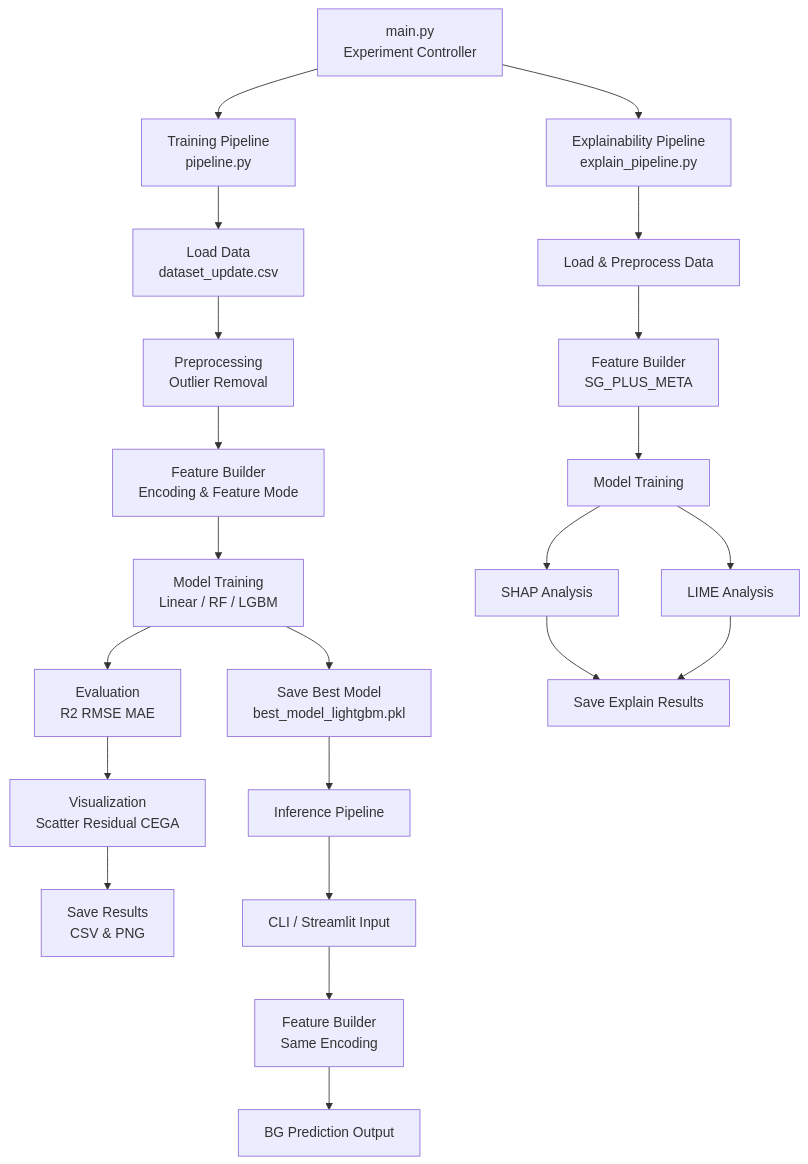
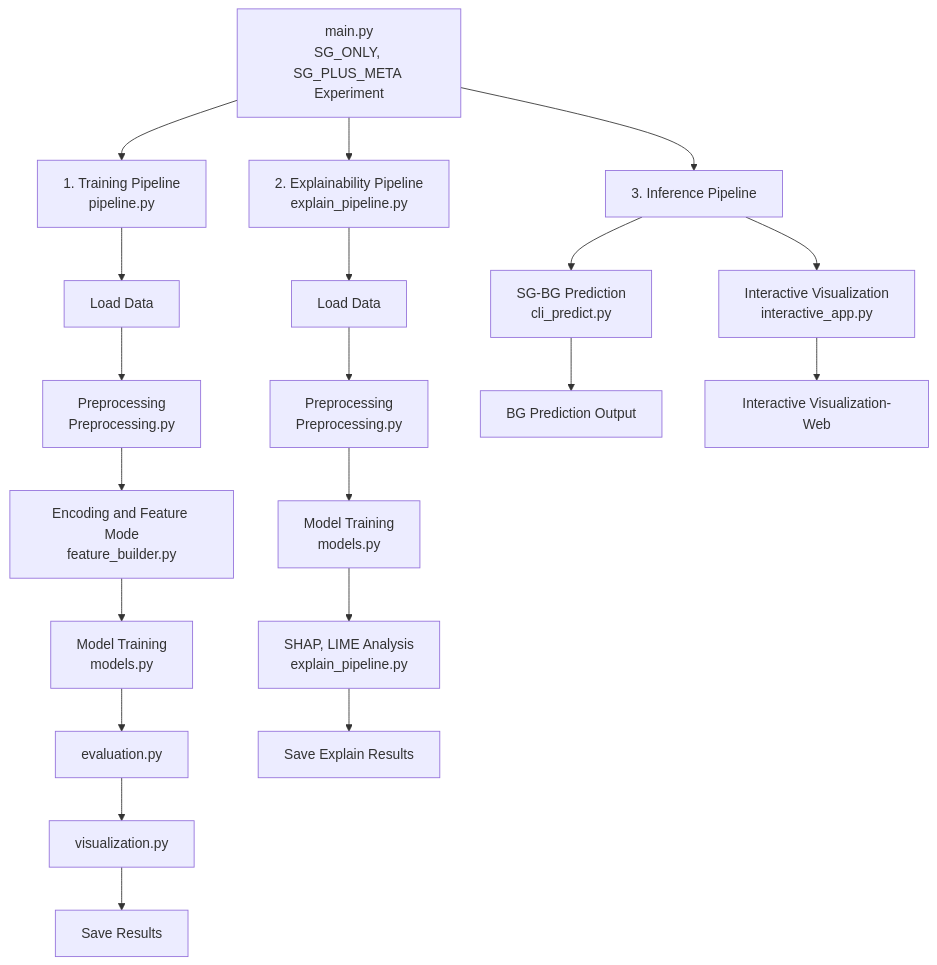
The diagram in System Architecture.md (eunzy213-glitch/sg_bg_project), drawn with Mermaid before and after one commit. The commit also changed other lines of this file and 15 other files, not shown here.

````diff
--- a/System Architecture.md
+++ b/System Architecture.md
@@ -1,32 +9,31 @@
 ```mermaid
 flowchart TD
-    A[main.py<br/>Experiment Controller]
+    A[main.py<br/>SG_ONLY, SG_PLUS_META Experiment]
 
-    A --> B1[Training Pipeline<br/>pipeline.py]
-    A --> B2[Explainability Pipeline<br/>explain_pipeline.py]
+    A --> B1[1. Training Pipeline<br/>pipeline.py]
+    A --> B2[2. Explainability Pipeline<br/>explain_pipeline.py]
 
     %% Training pipeline
-    B1 --> C1[Load Data<br/>dataset_update.csv]
-    C1 --> C2[Preprocessing<br/>Outlier Removal]
-    C2 --> C3[Feature Builder<br/>Encoding & Feature Mode]
-    C3 --> C4[Model Training<br/>Linear / RF / LGBM]
-    C4 --> C5[Evaluation<br/>R2 RMSE MAE]
-    C5 --> C6[Visualization<br/>Scatter Residual CEGA]
-    C6 --> C7[Save Results<br/>CSV & PNG]
-    C4 --> C8[Save Best Model<br/>best_model_lightgbm.pkl]
+    B1 --> C1[Load Data]
+    C1 --> C2[Preprocessing<br/>Preprocessing.py]
+    C2 --> C3[Encoding and Feature Mode<br/>feature_builder.py]
+    C3 --> C4[Model Training<br/>models.py]
+    C4 --> C5[evaluation.py]
+    C5 --> C6[visualization.py]
+    C6 --> C7[Save Results]
+    
 
-    %% Explain pipeline
-    B2 --> D1[Load & Preprocess Data]
-    D1 --> D2[Feature Builder<br/>SG_PLUS_META]
-    D2 --> D3[Model Training]
-    D3 --> D4[SHAP Analysis]
-    D3 --> D5[LIME Analysis]
+    %% Explainability pipeline
+    B2 --> D1[Load Data]
+    D1 --> D2[Preprocessing<br/>Preprocessing.py]
+    D2 --> D3[Model Training<br/>models.py]
+    D3 --> D4[SHAP, LIME Analysis<br/>explain_pipeline.py]
     D4 --> D6[Save Explain Results]
-    D5 --> D6
 
-    %% Inference
-    C8 --> E1[Inference Pipeline]
-    E1 --> E2[CLI / Streamlit Input]
-    E2 --> E3[Feature Builder<br/>Same Encoding]
-    E3 --> E4[BG Prediction Output]
+    %% Inference pipeline
+    A --> E1[3. Inference Pipeline]
+    E1 --> E2[SG-BG Prediction<br/>cli_predict.py]
+    E2 --> E3[BG Prediction Output]
+    E1 --> E4[Interactive Visualization<br/>interactive_app.py]
+    E4 --> E5[Interactive Visualization-Web]
 ```
````
